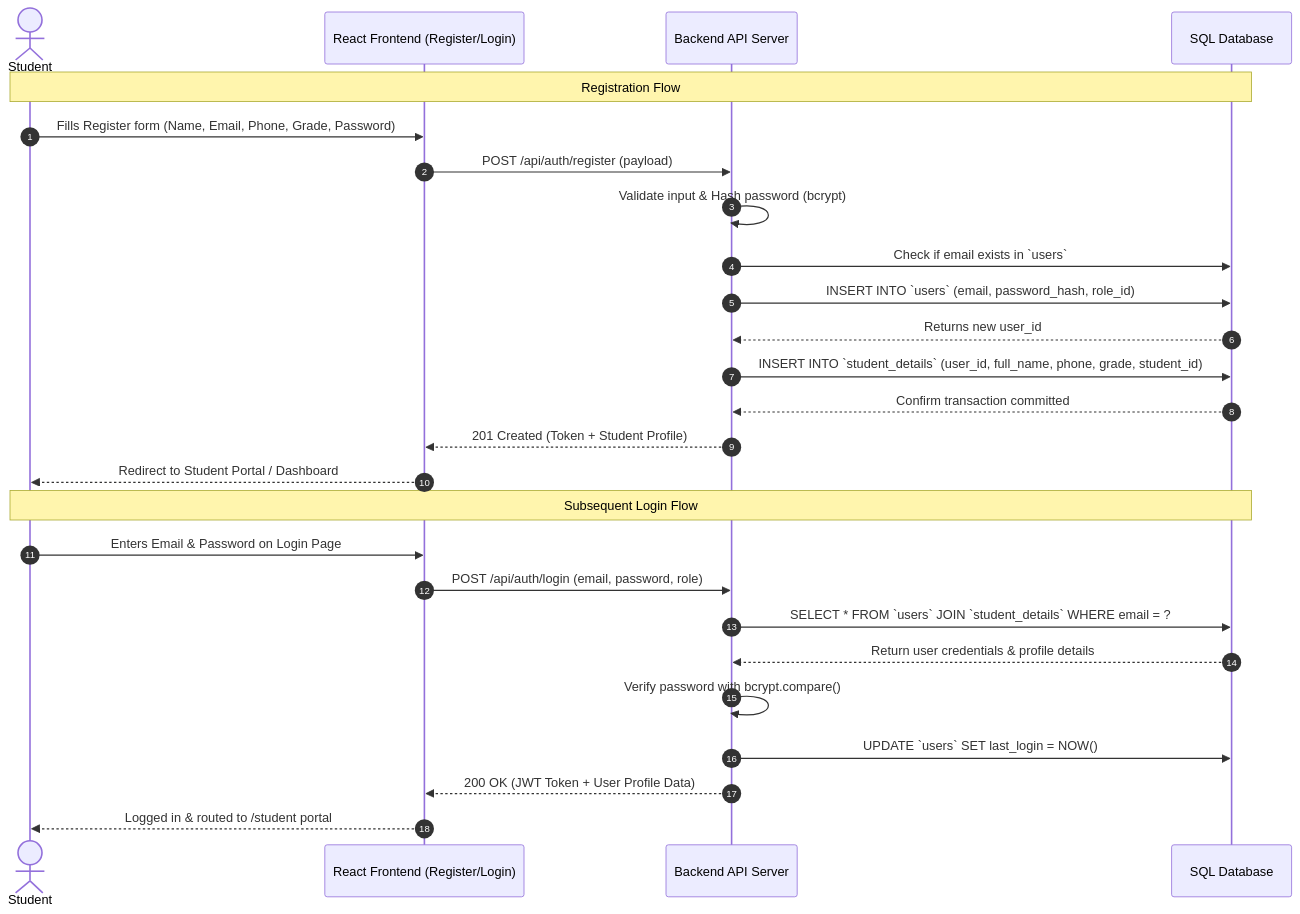
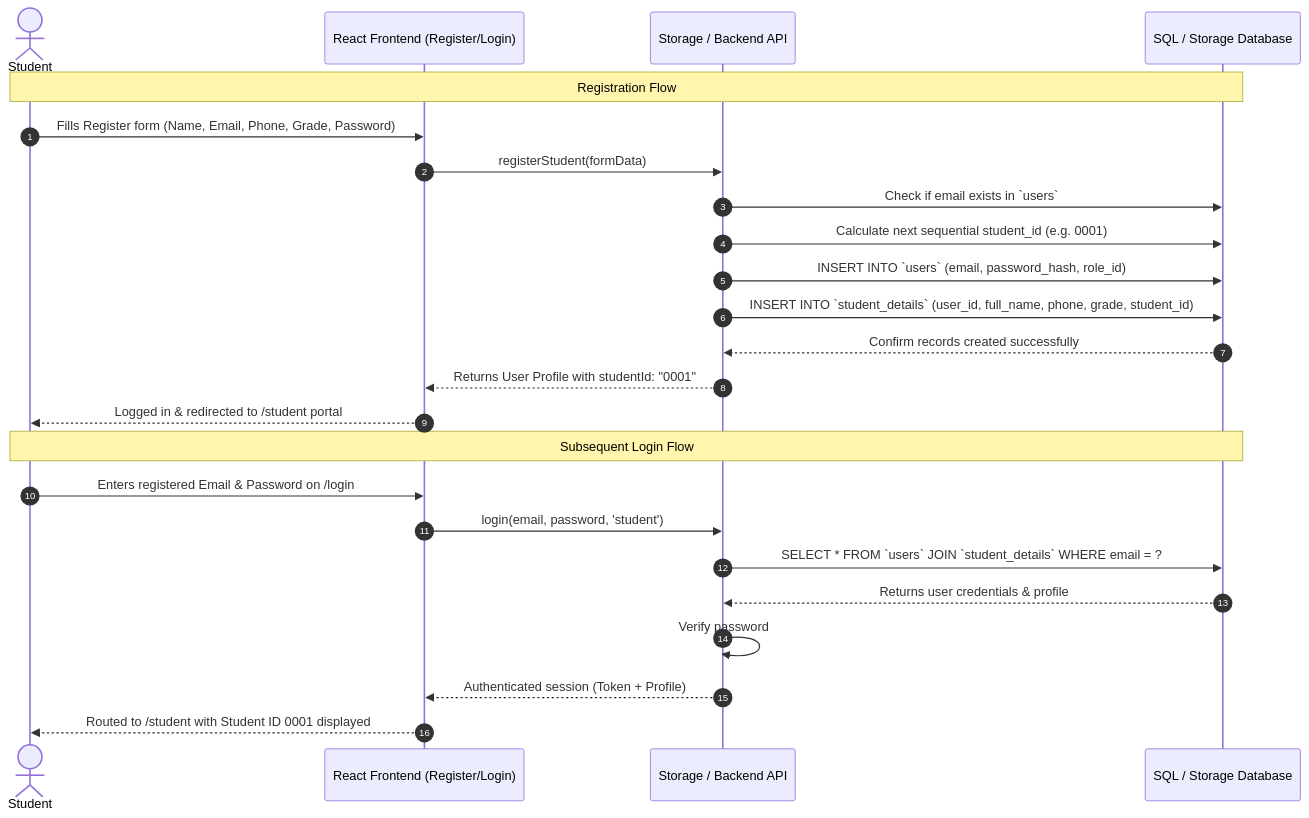
One commit to SakvithiDaskon/PLMS.web changed the second of 2 diagrams in database/README.md. Above: the diagram before and after it, drawn with Mermaid. The commit also changed other lines of this file and 13 other files, not shown here.

Commit message:
The Student Login and signUp database

````diff
--- a/database/README.md
+++ b/database/README.md
@@ -99,30 +120,28 @@
 ```mermaid
 sequenceDiagram
     autonumber
     actor Student
     participant UI as React Frontend (Register/Login)
-    participant API as Backend API Server
-    participant DB as SQL Database
+    participant API as Storage / Backend API
+    participant DB as SQL / Storage Database
 
     Note over Student, DB: Registration Flow
     Student->>UI: Fills Register form (Name, Email, Phone, Grade, Password)
-    UI->>API: POST /api/auth/register (payload)
-    API->>API: Validate input & Hash password (bcrypt)
+    UI->>API: registerStudent(formData)
     API->>DB: Check if email exists in `users`
+    API->>DB: Calculate next sequential student_id (e.g. 0001)
     API->>DB: INSERT INTO `users` (email, password_hash, role_id)
-    DB-->>API: Returns new user_id
     API->>DB: INSERT INTO `student_details` (user_id, full_name, phone, grade, student_id)
-    DB-->>API: Confirm transaction committed
-    API-->>UI: 201 Created (Token + Student Profile)
-    UI-->>Student: Redirect to Student Portal / Dashboard
+    DB-->>API: Confirm records created successfully
+    API-->>UI: Returns User Profile with studentId: "0001"
+    UI-->>Student: Logged in & redirected to /student portal
 
     Note over Student, DB: Subsequent Login Flow
-    Student->>UI: Enters Email & Password on Login Page
-    UI->>API: POST /api/auth/login (email, password, role)
+    Student->>UI: Enters registered Email & Password on /login
+    UI->>API: login(email, password, 'student')
     API->>DB: SELECT * FROM `users` JOIN `student_details` WHERE email = ?
-    DB-->>API: Return user credentials & profile details
-    API->>API: Verify password with bcrypt.compare()
-    API->>DB: UPDATE `users` SET last_login = NOW()
-    API-->>UI: 200 OK (JWT Token + User Profile Data)
-    UI-->>Student: Logged in & routed to /student portal
+    DB-->>API: Returns user credentials & profile
+    API->>API: Verify password
+    API-->>UI: Authenticated session (Token + Profile)
+    UI-->>Student: Routed to /student with Student ID 0001 displayed
 ```
````
